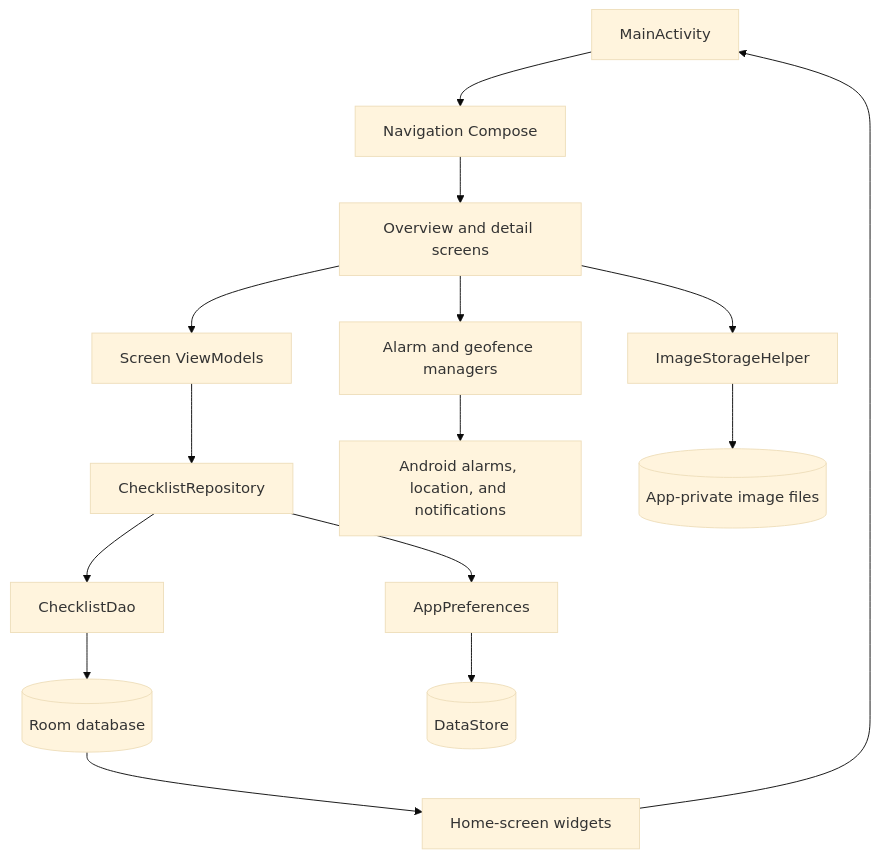
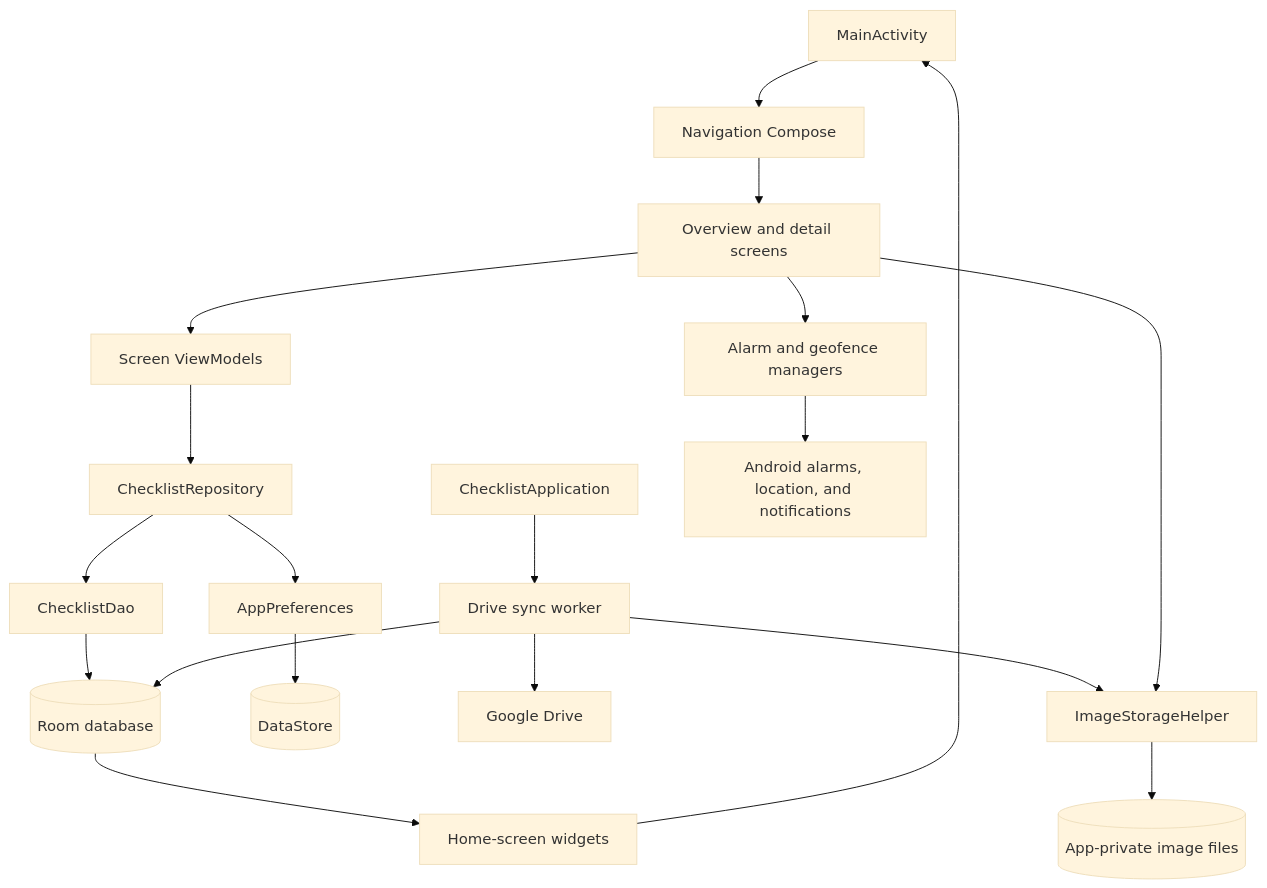
Before and after one commit to fexed/Tickfolio: the diagram in README.MD, drawn with Mermaid (base theme). The commit also changed other lines of this file and 28 other files, not shown here.

Commit message:
Add automatic Google Drive sync

````diff
--- a/README.MD
+++ b/README.MD
@@ -45,17 +48,21 @@
 ```mermaid
 flowchart TD
     Activity[MainActivity] --> Nav[Navigation Compose]
     Nav --> Screens[Overview and detail screens]
     Screens --> VMs[Screen ViewModels]
     VMs --> Repo[ChecklistRepository]
     Repo --> DAO[ChecklistDao]
     DAO --> Room[(Room database)]
     Repo --> Prefs[AppPreferences]
     Prefs --> Store[(DataStore)]
+    App[ChecklistApplication] --> Sync[Drive sync worker]
+    Sync --> Drive[Google Drive]
+    Sync --> Room
+    Sync --> Images[(App-private image files)]
     Screens --> Reminders[Alarm and geofence managers]
     Reminders --> Android[Android alarms, location, and notifications]
     Screens --> Images[ImageStorageHelper]
     Images --> Files[(App-private image files)]
     Room --> Widgets[Home-screen widgets]
     Widgets --> Activity[MainActivity]
 ```
````
